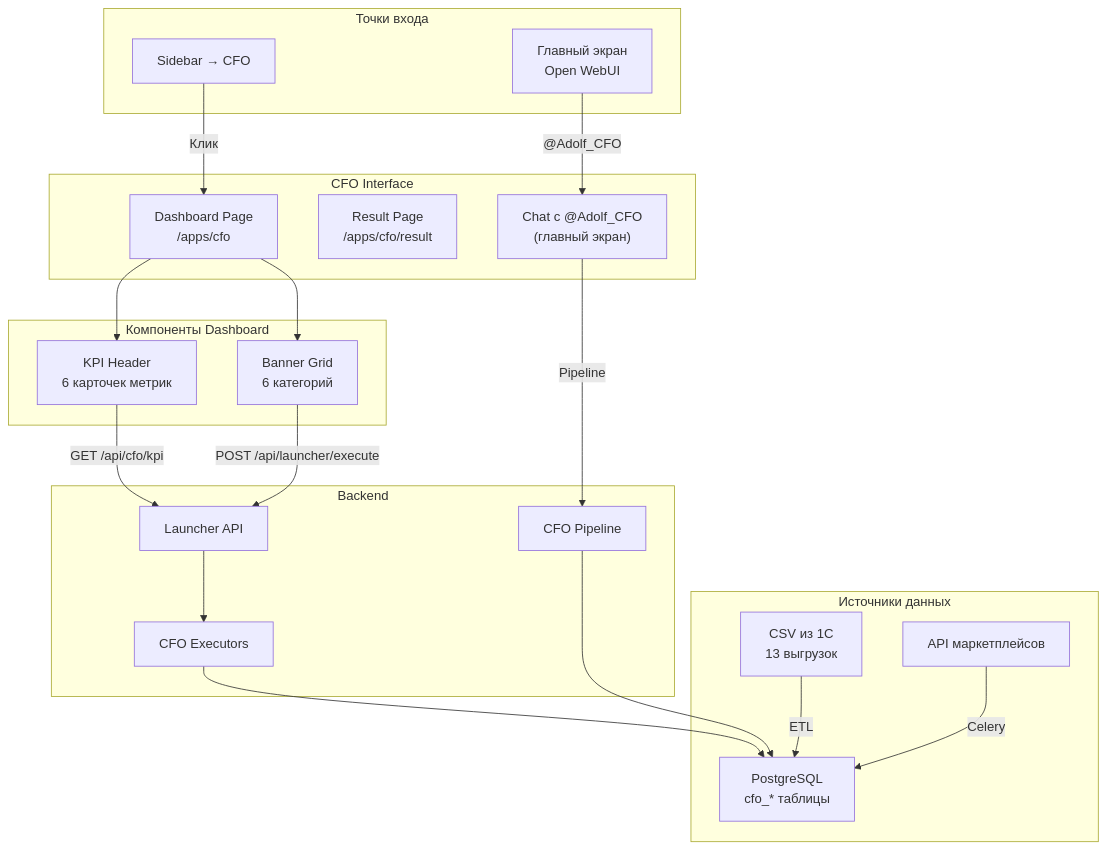
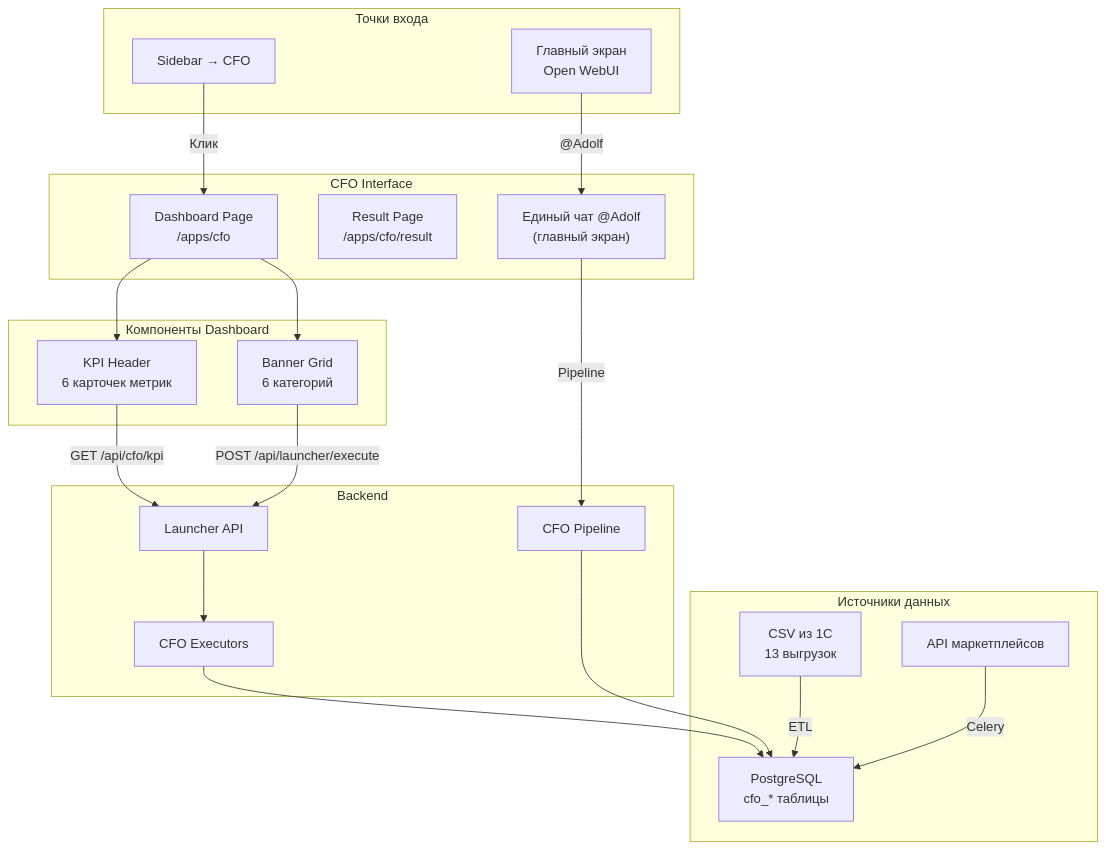
One commit to Sign25/Docs changed the first of 4 diagrams in cfo/adolf_cfo_4_open_webui.md. Above: the diagram before and after it, drawn with Mermaid. The commit also changed other lines of this file, not shown here.

Commit message:
CFO: Раздел 4 — единый чат @Adolf вместо отдельного @Adolf_CFO, автомаршрутизация

````diff
--- a/cfo/adolf_cfo_4_open_webui.md
+++ b/cfo/adolf_cfo_4_open_webui.md
@@ -44,47 +44,47 @@
 ```mermaid
 flowchart TB
     subgraph ENTRY["Точки входа"]
         SIDEBAR["Sidebar → CFO"]
         MAIN["Главный экран<br/>Open WebUI"]
     end
 
     subgraph CFO_UI["CFO Interface"]
         DASHBOARD["Dashboard Page<br/>/apps/cfo"]
         RESULT["Result Page<br/>/apps/cfo/result"]
-        CHAT["Chat с @Adolf_CFO<br/>(главный экран)"]
+        CHAT["Единый чат @Adolf<br/>(главный экран)"]
     end
 
     subgraph DASHBOARD_PARTS["Компоненты Dashboard"]
         KPI["KPI Header<br/>6 карточек метрик"]
         BANNERS["Banner Grid<br/>6 категорий"]
     end
 
     subgraph BACKEND["Backend"]
         API["Launcher API"]
         EXECUTOR["CFO Executors"]
         PIPELINE["CFO Pipeline"]
     end
 
     subgraph DATA["Источники данных"]
         PG["PostgreSQL<br/>cfo_* таблицы"]
         CSV_1C["CSV из 1С<br/>13 выгрузок"]
         MP_API["API маркетплейсов"]
     end
 
     SIDEBAR -->|"Клик"| DASHBOARD
-    MAIN -->|"@Adolf_CFO"| CHAT
+    MAIN -->|"@Adolf"| CHAT
 
     DASHBOARD --> KPI
     DASHBOARD --> BANNERS
 
     KPI -->|"GET /api/cfo/kpi"| API
     BANNERS -->|"POST /api/launcher/execute"| API
     CHAT -->|"Pipeline"| PIPELINE
 
     API --> EXECUTOR
     EXECUTOR --> PG
     PIPELINE --> PG
 
     CSV_1C -->|"ETL"| PG
     MP_API -->|"Celery"| PG
 ```
````
